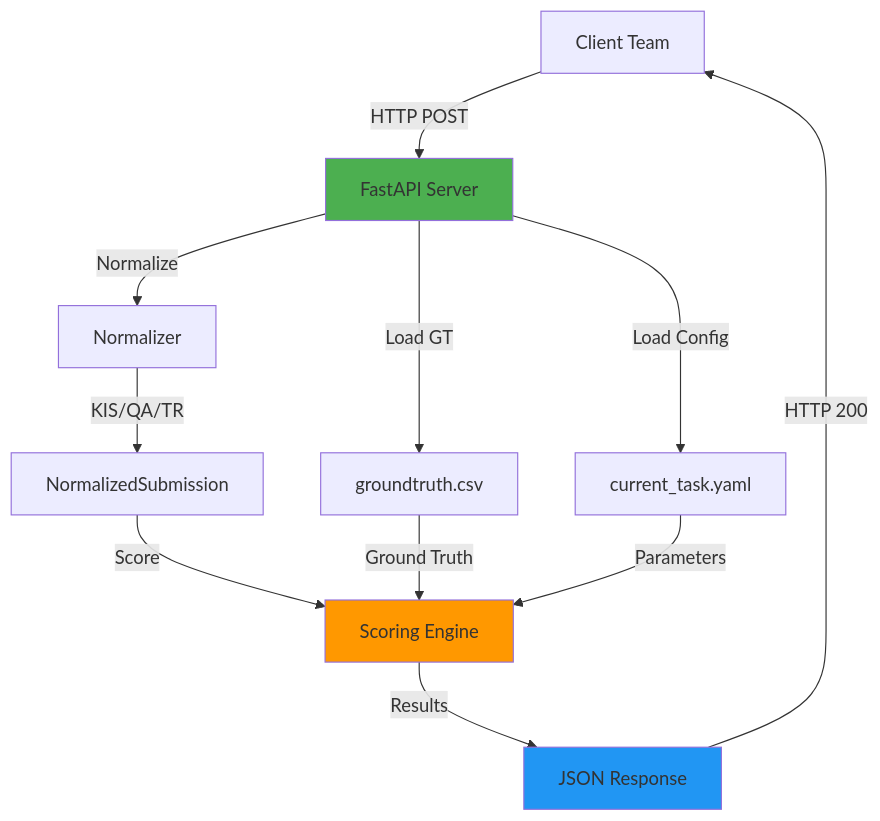
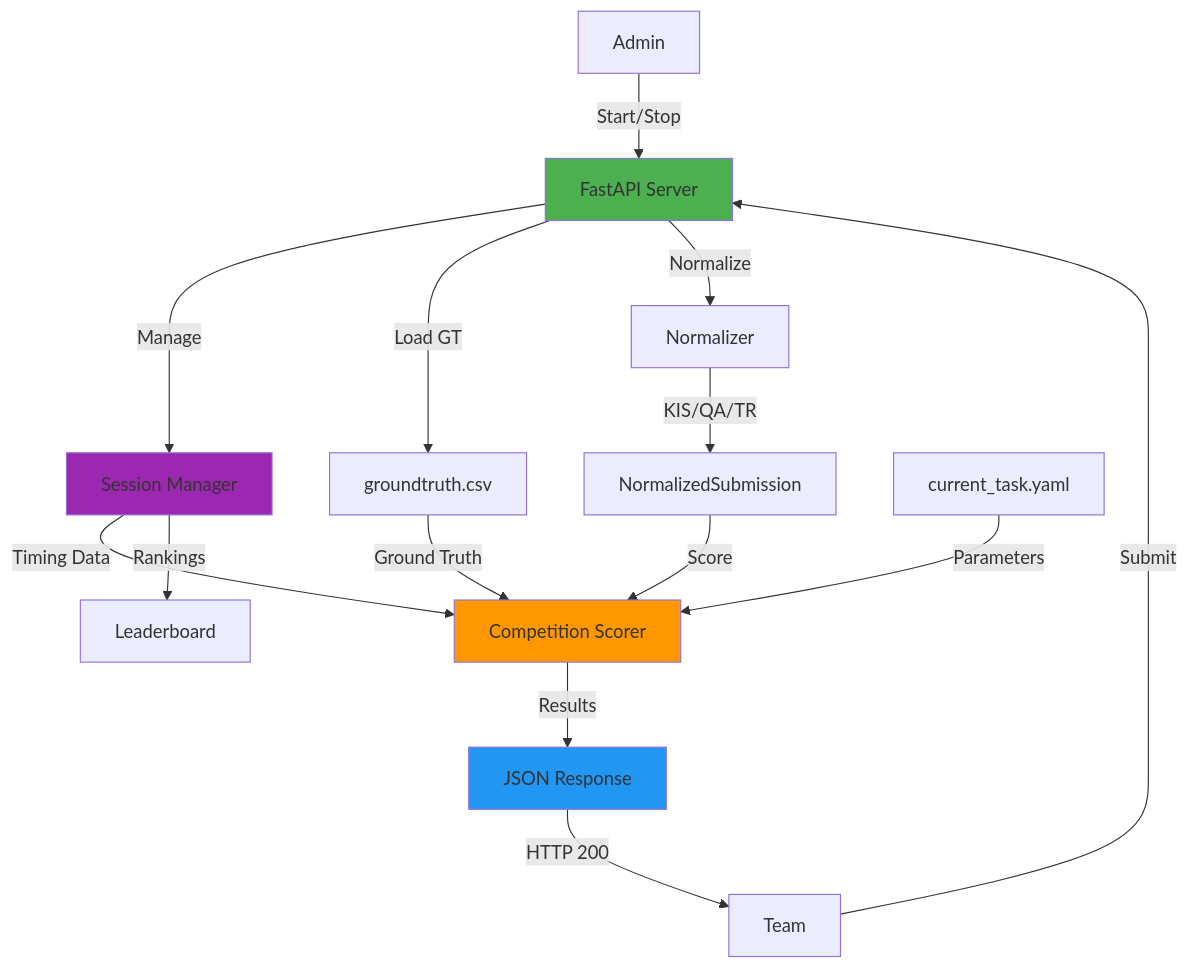
Before and after one commit to finalFlash159/mock-server-scoring-api-for-AIC-VBS: the first of 9 diagrams in docs/system-design.md, drawn with Mermaid. The commit also changed other lines of this file and 4 other files, not shown here.

````diff
--- a/docs/system-design.md
+++ b/docs/system-design.md
@@ -5,17 +5,21 @@
 ```mermaid
 graph TB
-    Client[Client Team] -->|HTTP POST| API[FastAPI Server]
-    API -->|Load Config| Config[current_task.yaml]
+    Admin[Admin] -->|Start/Stop| API[FastAPI Server]
+    Team[Team] -->|Submit| API
+    API -->|Manage| Session[Session Manager]
     API -->|Load GT| CSV[groundtruth.csv]
     API -->|Normalize| Normalizer[Normalizer]
     Normalizer -->|KIS/QA/TR| Submission[NormalizedSubmission]
-    Submission -->|Score| Scorer[Scoring Engine]
+    Submission -->|Score| Scorer[Competition Scorer]
+    Session -->|Timing Data| Scorer
     CSV -->|Ground Truth| Scorer
-    Config -->|Parameters| Scorer
+    Config[current_task.yaml] -->|Parameters| Scorer
     Scorer -->|Results| Response[JSON Response]
-    Response -->|HTTP 200| Client
+    Response -->|HTTP 200| Team
+    Session -->|Rankings| Leaderboard[Leaderboard]
     
     style API fill:#4CAF50
+    style Session fill:#9C27B0
     style Scorer fill:#FF9800
     style Response fill:#2196F3
 ```
````
